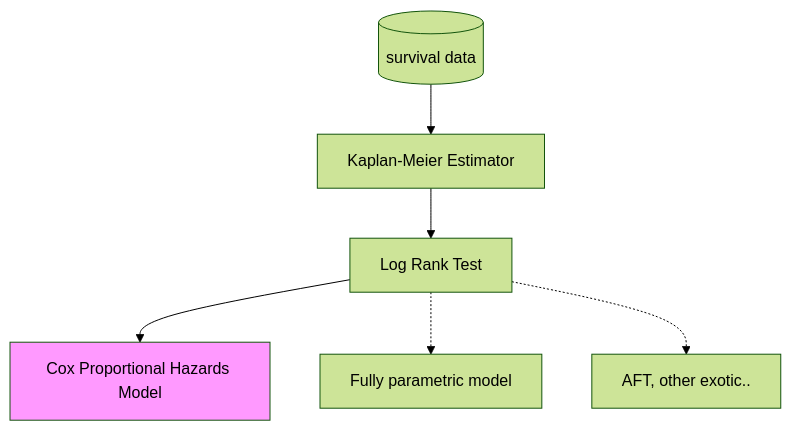
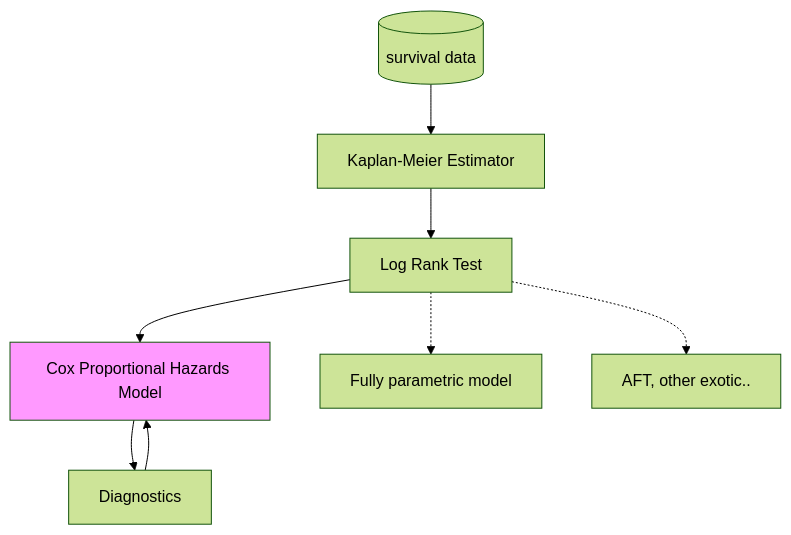
The diagram in posts/2025-01-24-survival/index.qmd (deanmarchiori/deanmarchiori.com), drawn with Mermaid (forest theme) before and after one commit. The commit also changed other lines of this file and 9 other files, not shown here.

````diff
--- a/posts/2025-01-24-survival/index.qmd
+++ b/posts/2025-01-24-survival/index.qmd
@@ -78,9 +100,13 @@
 ```{mermaid}
 flowchart TD
   A[(survival data)] --> B[Kaplan-Meier Estimator]
   B --> C[Log Rank Test]  
   C --> D[Cox Proportional Hazards Model]
   C -.-> E[Fully parametric model]  
   C -.-> F[AFT, other exotic..]
+  D --> G[Diagnostics]
+  G --> D
+  
+  
   style D fill:#f9f
 ```
````
